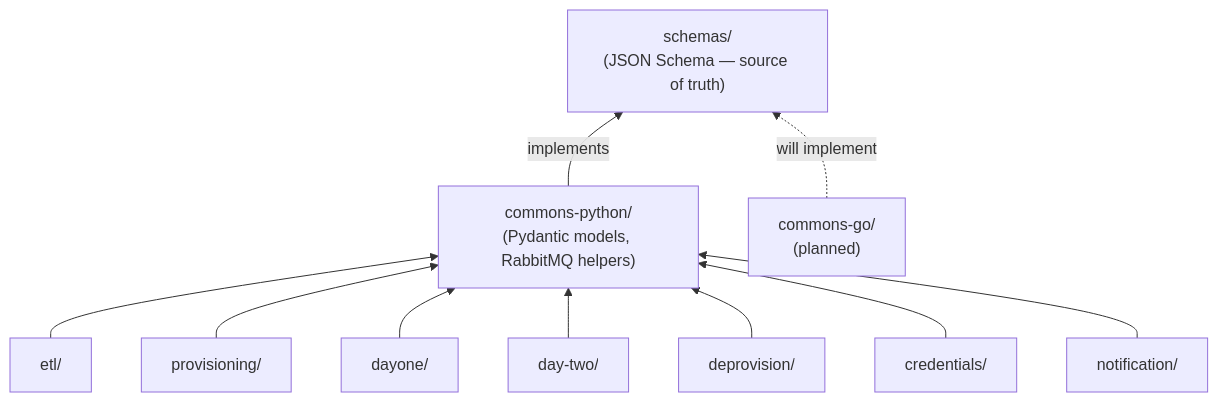
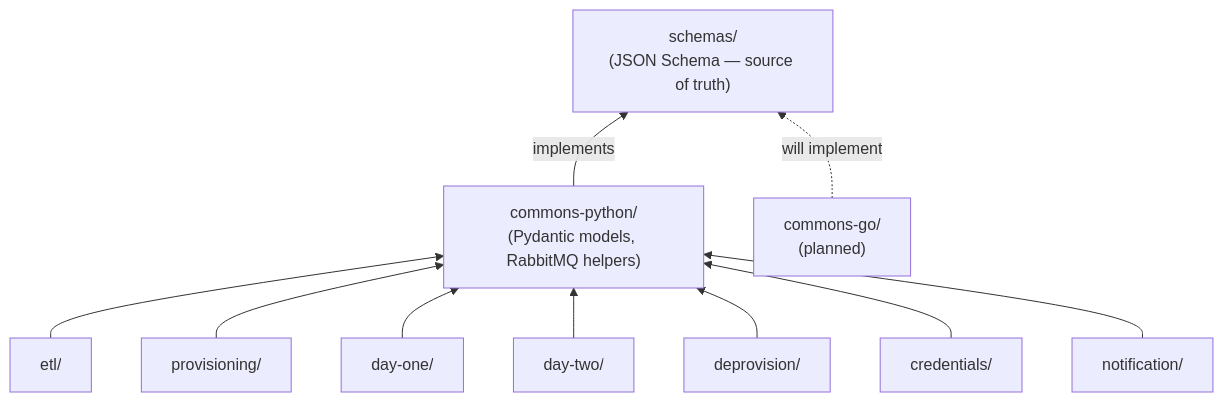
One commit to redhat-openshift-partner-labs/workers changed the second of 6 diagrams in docs/diagrams.md. Above: the diagram before and after it, drawn with Mermaid. The commit also changed other lines of this file, not shown here.

First line of the commit message:
docs: update diagrams with scribe-centric architecture

````diff
--- a/docs/diagrams.md
+++ b/docs/diagrams.md
@@ -57,26 +60,26 @@
 ```mermaid
 flowchart BT
     SCHEMAS["schemas/\n(JSON Schema — source of truth)"]
 
     CP["commons-python/\n(Pydantic models, RabbitMQ helpers)"]
     CG["commons-go/\n(planned)"]
 
     ETL[etl/]
     PROV[provisioning/]
-    D1[dayone/]
+    D1[day-one/]
     D2[day-two/]
     DEPROV[deprovision/]
     CRED[credentials/]
     NOTIF[notification/]
 
     CP -->|implements| SCHEMAS
     CG -.->|will implement| SCHEMAS
 
     ETL --> CP
     PROV --> CP
     D1 --> CP
     D2 --> CP
     DEPROV --> CP
     CRED --> CP
     NOTIF --> CP
 ```
````
